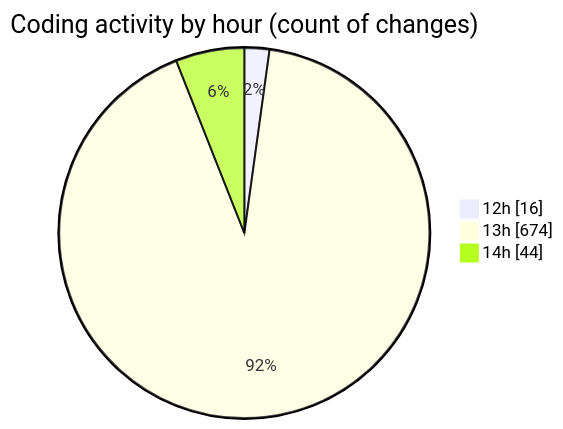
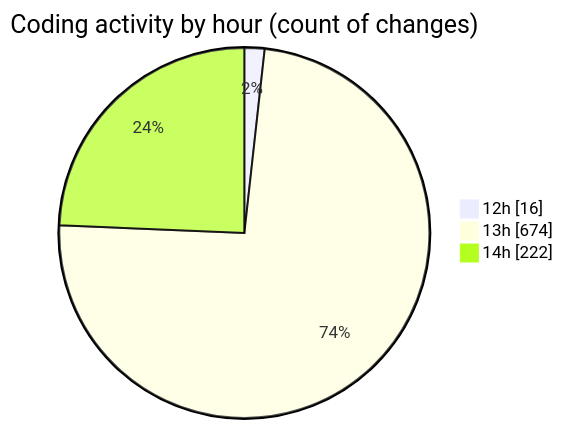
One commit to vahidmafi/code-tracking changed the second of 2 diagrams in 2025-09-16/www/README.md. Above: the diagram before and after it, drawn with Mermaid. The commit also changed other lines of this file and 1 other file, not shown here.

````diff
--- a/2025-09-16/www/README.md
+++ b/2025-09-16/www/README.md
@@ -330,7 +331,7 @@
 ```mermaid
 pie showData
 title Coding activity by hour (count of changes)
 "12h" : 16
 "13h" : 674
-"14h" : 44
+"14h" : 222
 ```
````
